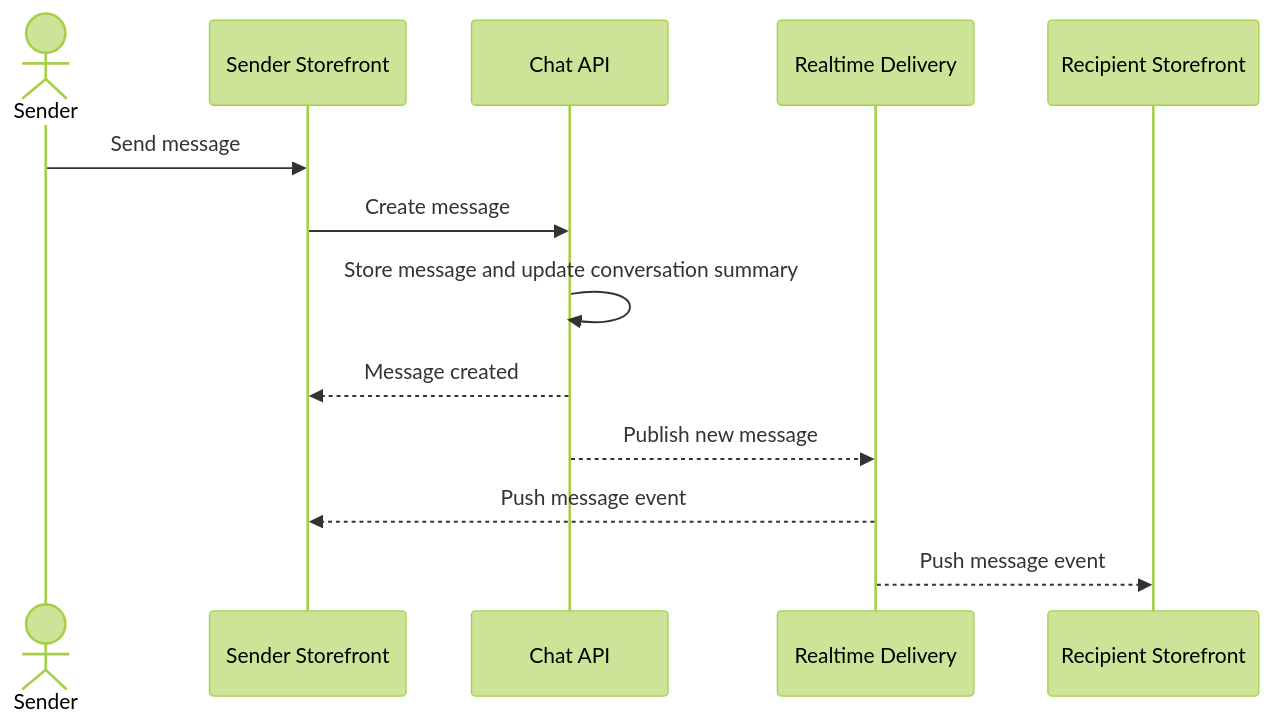
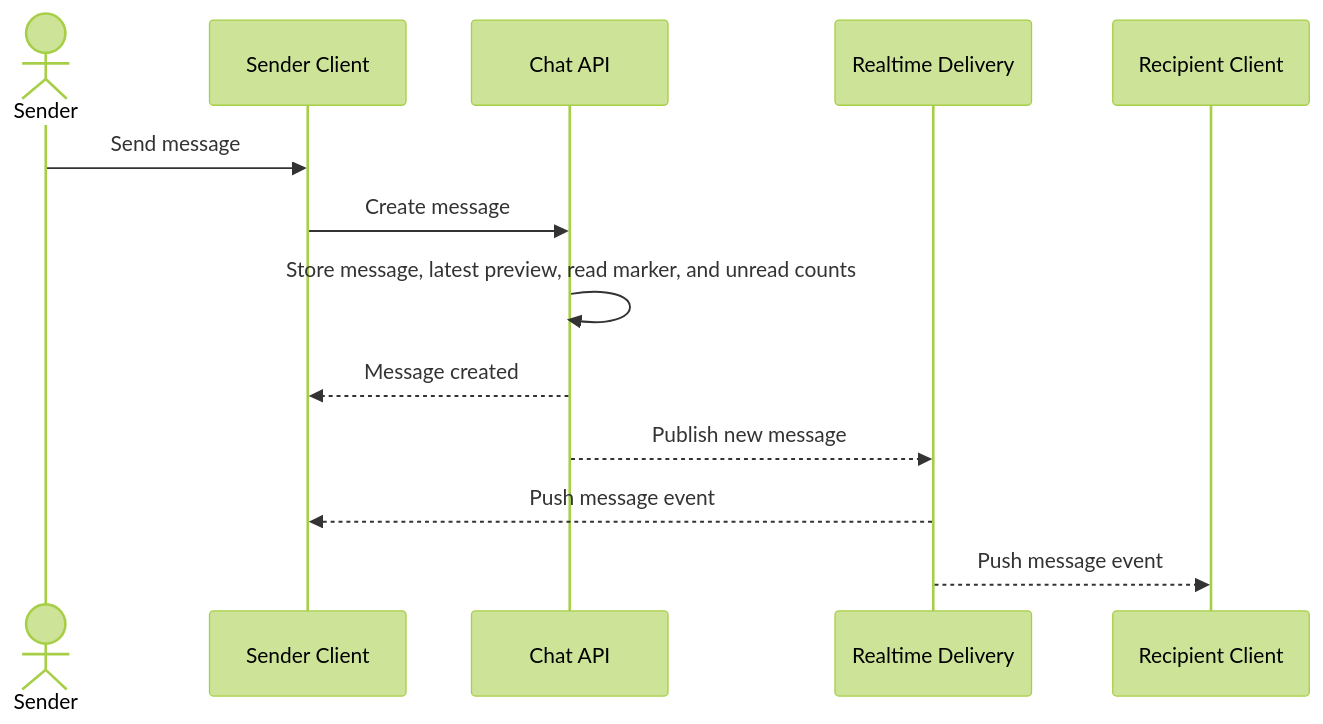
One commit to dauphaihau-arc/arc changed the seventh of 9 diagrams in docs/features/realtime-chat/flow.md. Above: the diagram before and after it, drawn with Mermaid (forest theme). The commit also changed other lines of this file and 2 other files, not shown here.

Commit message:
docs(realtime-chat): document product references and cursor history

````diff
--- a/docs/features/realtime-chat/flow.md
+++ b/docs/features/realtime-chat/flow.md
@@ -113,16 +178,16 @@
 ```mermaid
 sequenceDiagram
     actor Sender
-    participant SenderWeb as Sender Storefront
+    participant SenderWeb as Sender Client
     participant Chat as Chat API
     participant Delivery as Realtime Delivery
-    participant RecipientWeb as Recipient Storefront
+    participant RecipientWeb as Recipient Client
 
     Sender->>SenderWeb: Send message
     SenderWeb->>Chat: Create message
-    Chat->>Chat: Store message and update conversation summary
+    Chat->>Chat: Store message, latest preview, read marker, and unread counts
     Chat-->>SenderWeb: Message created
     Chat-->>Delivery: Publish new message
     Delivery-->>SenderWeb: Push message event
     Delivery-->>RecipientWeb: Push message event
 ```
````
